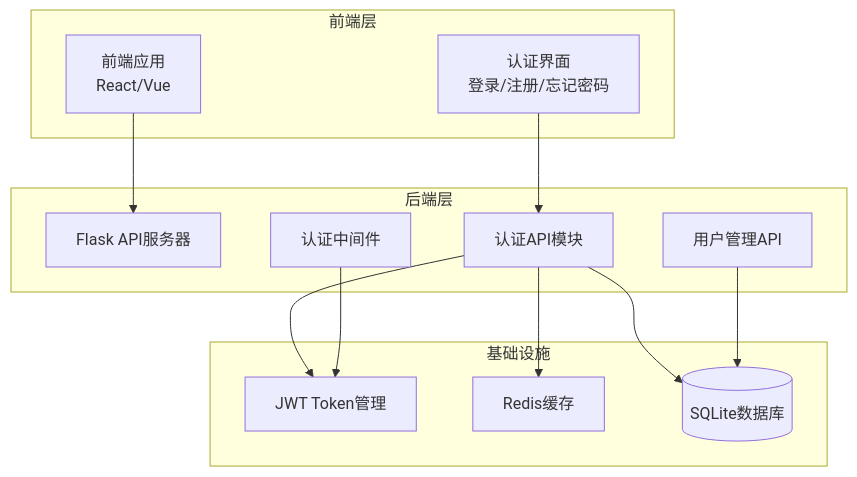
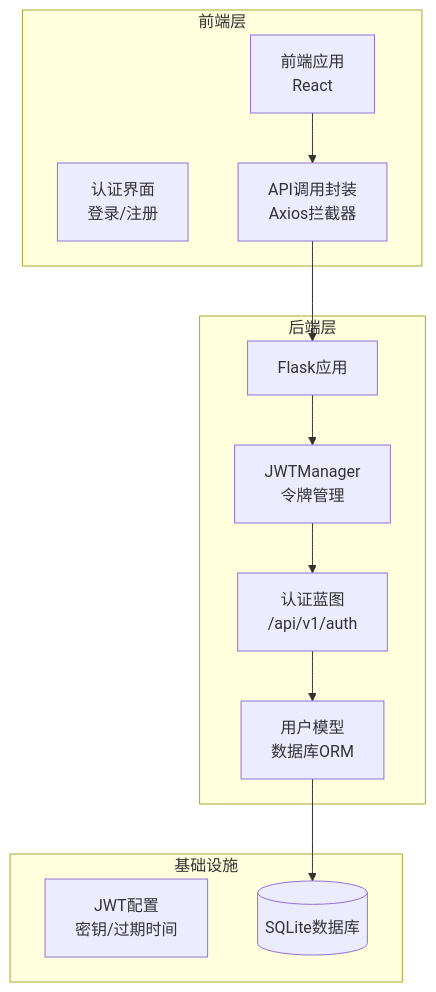
Before and after one commit to wyg5208/website_diy: the first of 7 diagrams in .qoder/repowiki/zh/content/API接口文档/用户认证API.md, drawn with Mermaid. The commit also changed other lines of this file and 43 other files, not shown here.

````diff
--- a/.qoder/repowiki/zh/content/API接口文档/用户认证API.md
+++ b/.qoder/repowiki/zh/content/API接口文档/用户认证API.md
@@ -31,25 +46,24 @@
 ```mermaid
 graph TB
 subgraph "前端层"
-FE[前端应用<br/>React/Vue]
-AuthUI[认证界面<br/>登录/注册/忘记密码]
+FE[前端应用<br/>React]
+AuthUI[认证界面<br/>登录/注册]
+API[API调用封装<br/>Axios拦截器]
 end
 subgraph "后端层"
-API[Flask API服务器]
-AuthAPI[认证API模块]
-UserAPI[用户管理API]
-Middleware[认证中间件]
+FlaskApp[Flask应用]
+JWTManager[JWTManager<br/>令牌管理]
+AuthBP[认证蓝图<br/>/api/v1/auth]
+UserModel[用户模型<br/>数据库ORM]
 end
 subgraph "基础设施"
-JWT[JWT Token管理]
-Redis[Redis缓存]
+JWT[JWT配置<br/>密钥/过期时间]
 DB[(SQLite数据库)]
 end
 FE --> API
-AuthUI --> AuthAPI
-AuthAPI --> JWT
-AuthAPI --> Redis
-AuthAPI --> DB
-Middleware --> JWT
-UserAPI --> DB
+API --> FlaskApp
+FlaskApp --> JWTManager
+JWTManager --> AuthBP
+AuthBP --> UserModel
+UserModel --> DB
 ```
````
